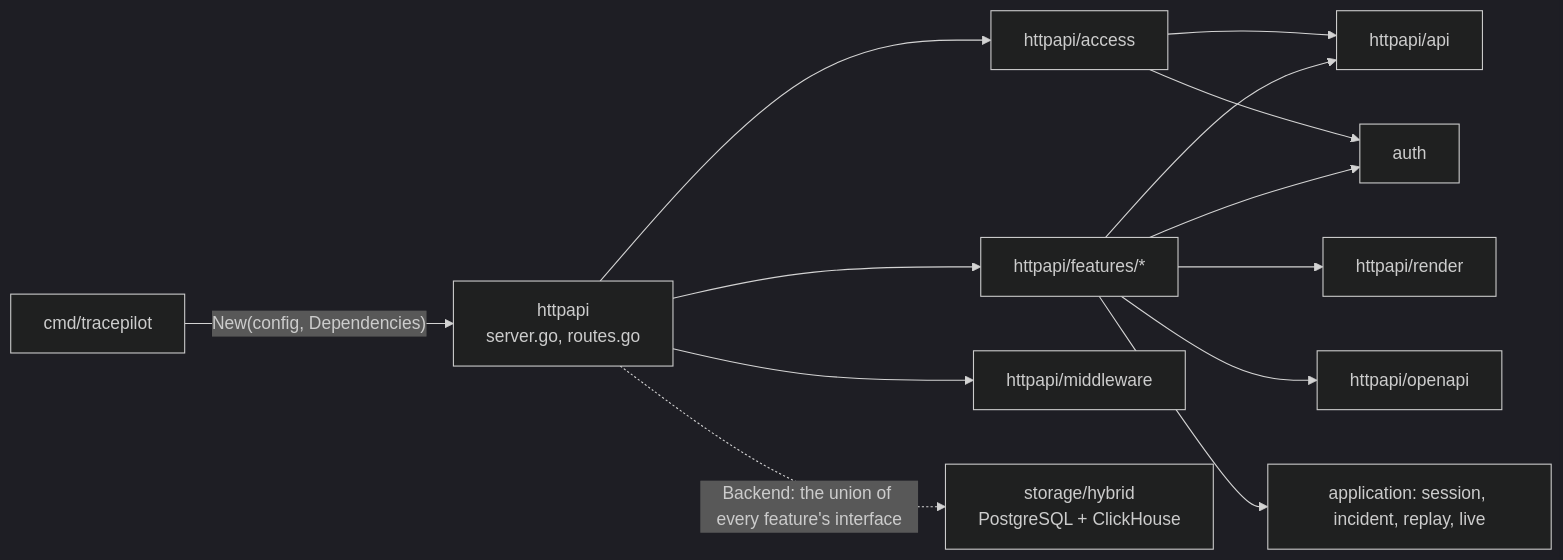
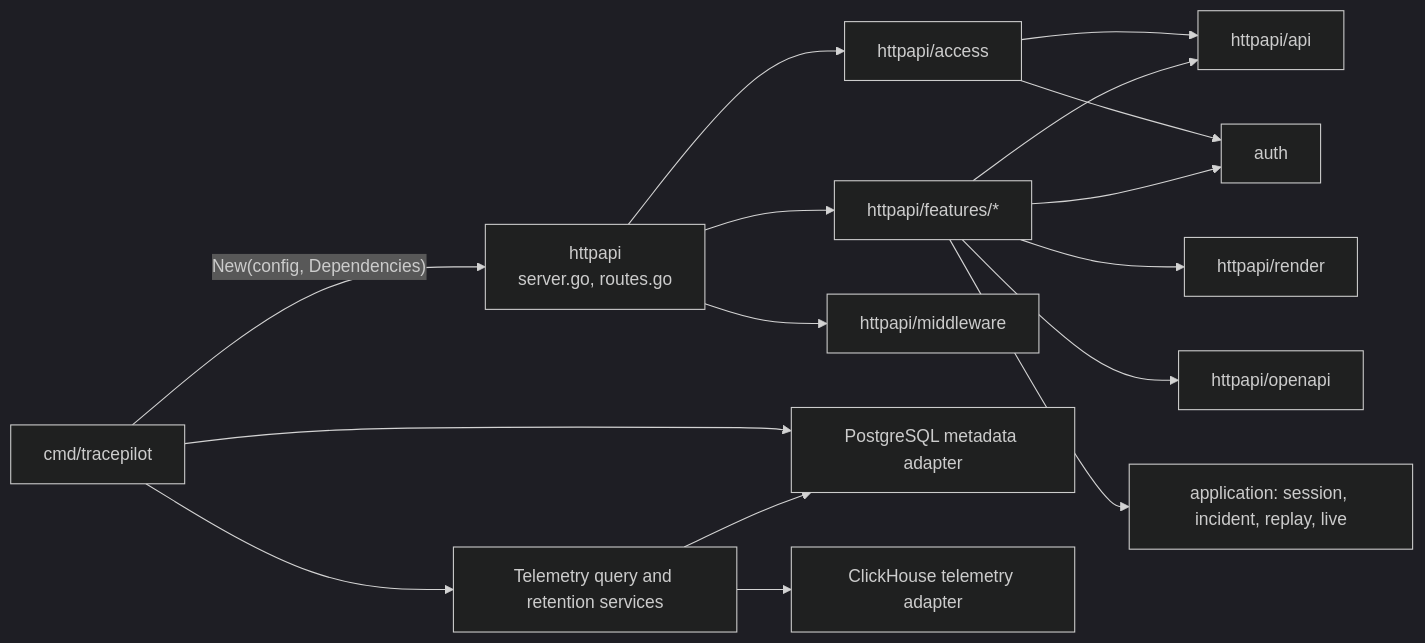
Before and after one commit to vanquan3008/flight-recorder: the first of 3 diagrams in docs/architecture/httpapi.md, drawn with Mermaid (dark theme). The commit also changed other lines of this file and 36 other files, not shown here.

Commit message:
refactor(storage): separate metadata and telemetry coordination

````diff
--- a/docs/architecture/httpapi.md
+++ b/docs/architecture/httpapi.md
@@ -69,15 +69,18 @@
 ```mermaid
 flowchart LR
   cmd["cmd/tracepilot"] -->|"New(config, Dependencies)"| root["httpapi<br/>server.go, routes.go"]
   root --> access["httpapi/access"]
   root --> features["httpapi/features/*"]
   root --> middleware["httpapi/middleware"]
   access --> api["httpapi/api"]
   features --> api
   features --> render["httpapi/render"]
   features --> openapi["httpapi/openapi"]
   features --> app["application: session, incident, replay, live"]
   access --> domain["auth"]
   features --> domain
-  root -.->|"Backend: the union of every feature's interface"| store["storage/hybrid<br/>PostgreSQL + ClickHouse"]
+  cmd --> postgres["PostgreSQL metadata adapter"]
+  cmd --> services["Telemetry query and retention services"]
+  services --> postgres
+  services --> clickhouse["ClickHouse telemetry adapter"]
 ```
````
